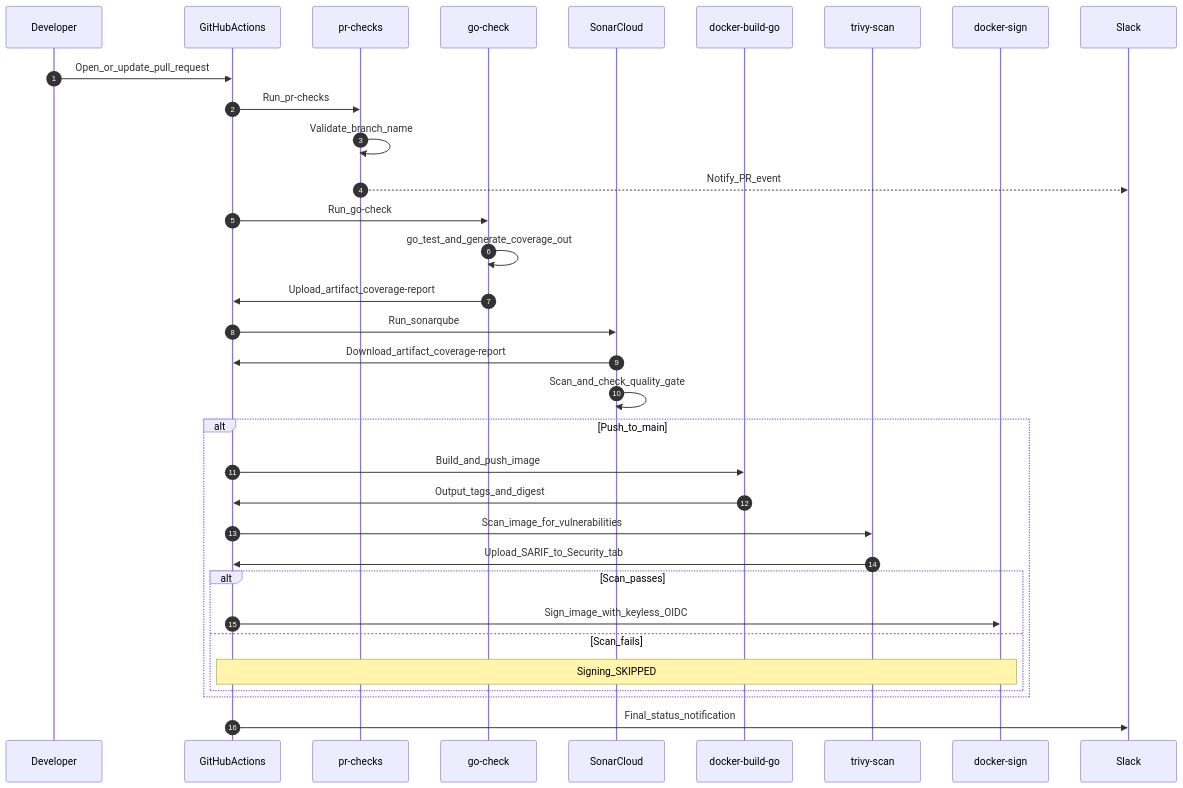
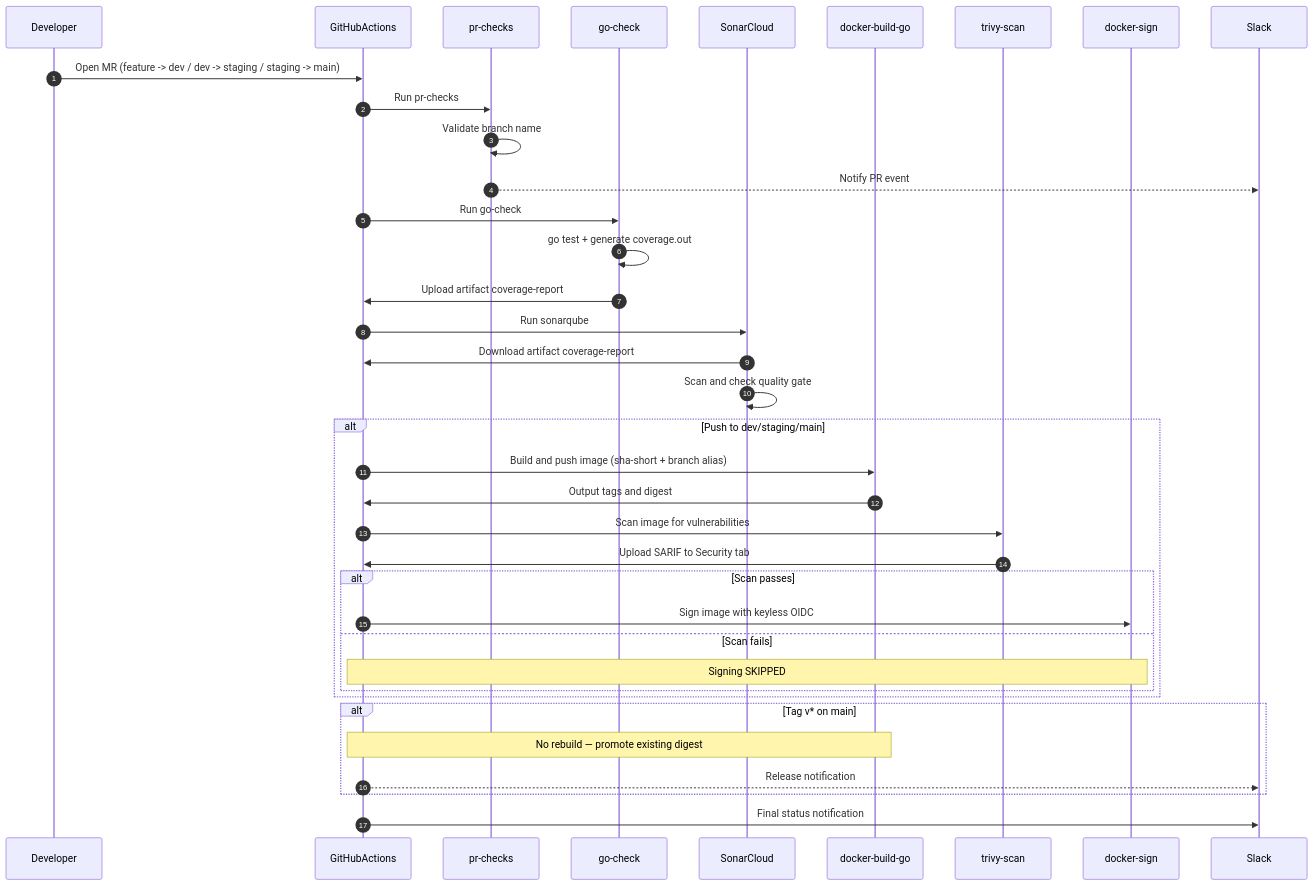
The fifth of 9 diagrams in docs/platform/cicd.md (duynhlab/homelab), drawn with Mermaid before and after one commit. The commit also changed other lines of this file and 6 other files, not shown here.

````diff
--- a/docs/platform/cicd.md
+++ b/docs/platform/cicd.md
@@ -91,40 +144,45 @@
 ```mermaid
 sequenceDiagram
     autonumber
     participant Dev as Developer
     participant GA as GitHubActions
     participant PR as pr-checks
     participant Test as go-check
     participant Sonar as SonarCloud
     participant Build as docker-build-go
     participant Trivy as trivy-scan
     participant Cosign as docker-sign
     participant Slack as Slack
 
-    Dev->>GA: Open_or_update_pull_request
-    GA->>PR: Run_pr-checks
-    PR->>PR: Validate_branch_name
-    PR-->>Slack: Notify_PR_event
+    Dev->>GA: Open MR (feature -> dev / dev -> staging / staging -> main)
+    GA->>PR: Run pr-checks
+    PR->>PR: Validate branch name
+    PR-->>Slack: Notify PR event
 
-    GA->>Test: Run_go-check
-    Test->>Test: go_test_and_generate_coverage_out
-    Test->>GA: Upload_artifact_coverage-report
+    GA->>Test: Run go-check
+    Test->>Test: go test + generate coverage.out
+    Test->>GA: Upload artifact coverage-report
 
-    GA->>Sonar: Run_sonarqube
-    Sonar->>GA: Download_artifact_coverage-report
-    Sonar->>Sonar: Scan_and_check_quality_gate
+    GA->>Sonar: Run sonarqube
+    Sonar->>GA: Download artifact coverage-report
+    Sonar->>Sonar: Scan and check quality gate
 
-    alt Push_to_main
-      GA->>Build: Build_and_push_image
-      Build->>GA: Output_tags_and_digest
-      GA->>Trivy: Scan_image_for_vulnerabilities
-      Trivy->>GA: Upload_SARIF_to_Security_tab
-      alt Scan_passes
-        GA->>Cosign: Sign_image_with_keyless_OIDC
-      else Scan_fails
-        Note over GA,Cosign: Signing_SKIPPED
+    alt Push to dev/staging/main
+      GA->>Build: Build and push image (sha-short + branch alias)
+      Build->>GA: Output tags and digest
+      GA->>Trivy: Scan image for vulnerabilities
+      Trivy->>GA: Upload SARIF to Security tab
+      alt Scan passes
+        GA->>Cosign: Sign image with keyless OIDC
+      else Scan fails
+        Note over GA,Cosign: Signing SKIPPED
       end
     end
 
-    GA->>Slack: Final_status_notification
+    alt Tag v* on main
+      Note over GA,Build: No rebuild — promote existing digest
+      GA-->>Slack: Release notification
+    end
+
+    GA->>Slack: Final status notification
 ```
````
